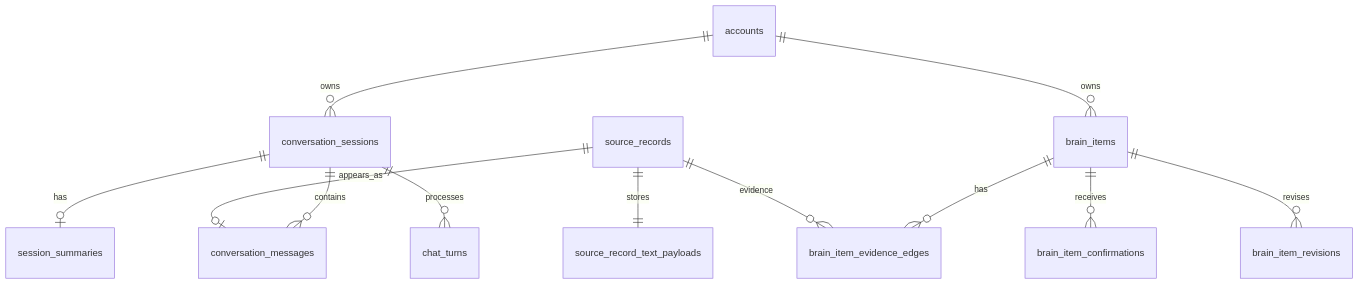
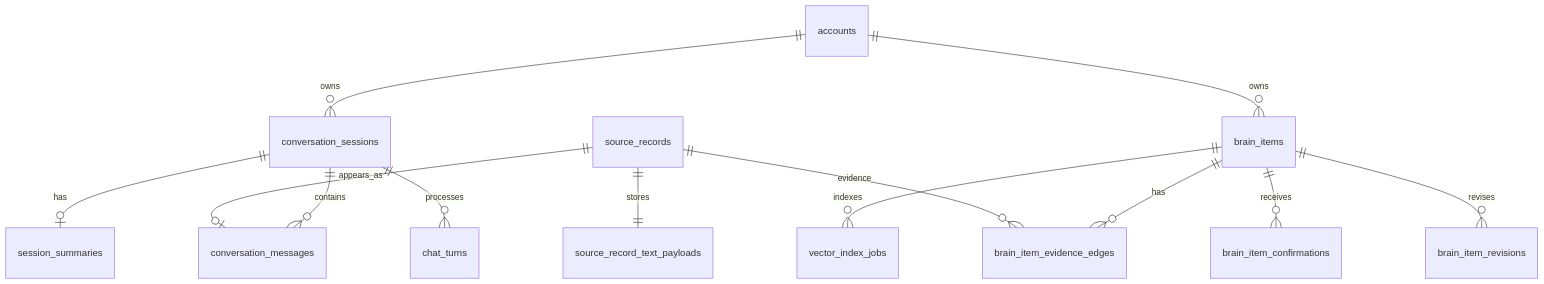
Before and after one commit to kkyosuke/me-builder: the second of 3 diagrams in docs/architecture/diary-chat-implementation-design.md, drawn with Mermaid. The commit also changed other lines of this file and 2 other files, not shown here.

````diff
--- a/docs/architecture/diary-chat-implementation-design.md
+++ b/docs/architecture/diary-chat-implementation-design.md
@@ -92,14 +98,15 @@
 ```mermaid
 erDiagram
     accounts ||--o{ conversation_sessions : owns
     conversation_sessions ||--o{ conversation_messages : contains
     conversation_sessions ||--o| session_summaries : has
     conversation_sessions ||--o{ chat_turns : processes
     source_records ||--|| source_record_text_payloads : stores
     source_records ||--o| conversation_messages : appears_as
     accounts ||--o{ brain_items : owns
+    brain_items ||--o{ vector_index_jobs : indexes
     brain_items ||--o{ brain_item_evidence_edges : has
     source_records ||--o{ brain_item_evidence_edges : evidence
     brain_items ||--o{ brain_item_confirmations : receives
     brain_items ||--o{ brain_item_revisions : revises
 ```
````
